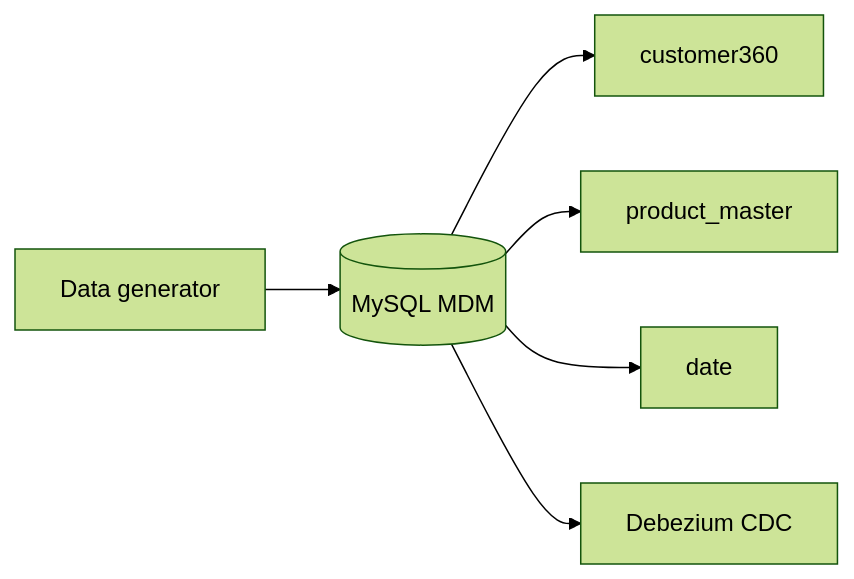
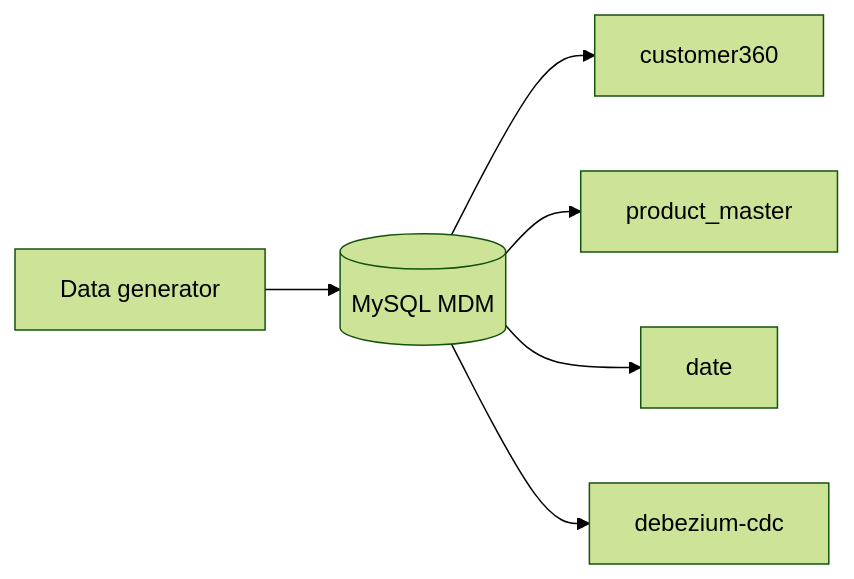
The first of 2 diagrams in source-apps/mdm-source/readme.md (paulchen8206/Full-Stack-Modern-Data-Architecture-and-Engineering), drawn with Mermaid (forest theme) before and after one commit. The commit also changed other lines of this file and 18 other files, not shown here.

````diff
--- a/source-apps/mdm-source/readme.md
+++ b/source-apps/mdm-source/readme.md
@@ -23,15 +23,15 @@
 ```mermaid
 flowchart LR
 	GEN[Data generator]
 	MYSQL[(MySQL MDM)]
 	C360[customer360]
 	PM[product_master]
 	D[date]
-	CDC[Debezium CDC]
+	CDC[debezium-cdc]
 
 	GEN --> MYSQL
 	MYSQL --> C360
 	MYSQL --> PM
 	MYSQL --> D
 	MYSQL --> CDC
 ```
````
